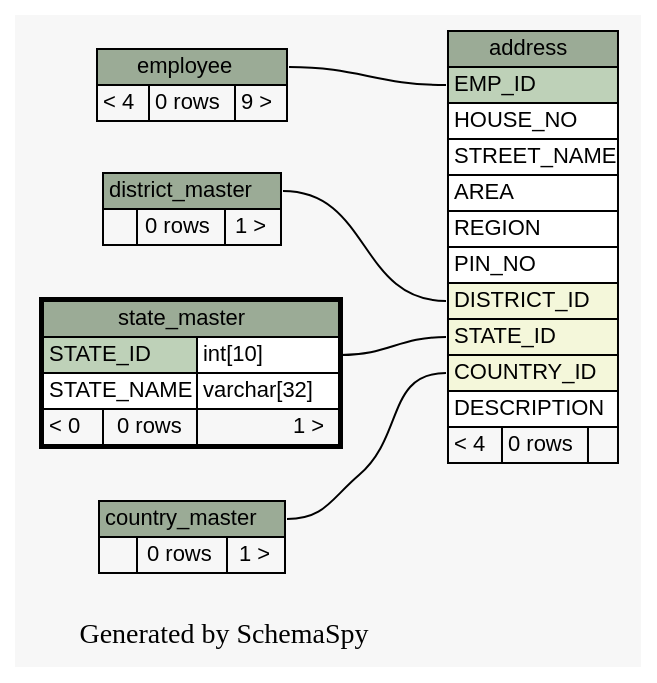
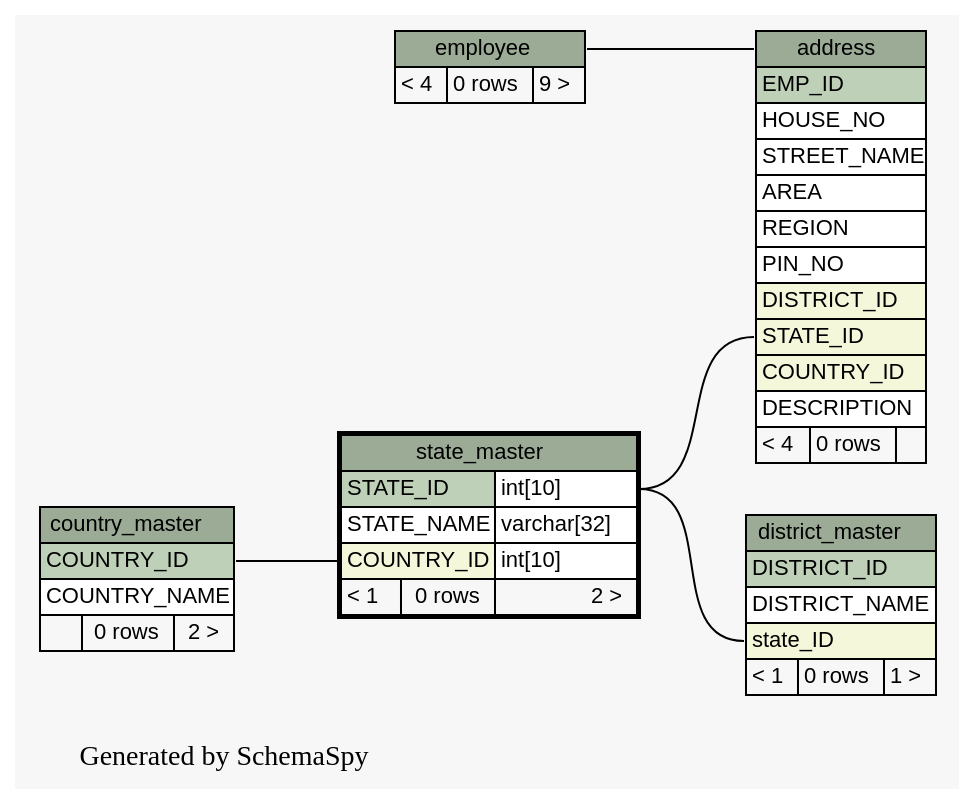
The diagram in docs/database/schemaspy/graphs/state_master.2degrees.dot (engineerscraft/hrms), drawn with Graphviz before and after one commit. The commit also changed 96 other files, not shown here.

```diff
--- a/docs/database/schemaspy/graphs/state_master.2degrees.dot
+++ b/docs/database/schemaspy/graphs/state_master.2degrees.dot
@@ -1,78 +1,84 @@
 // dot 2.38.0 on Windows 7 6.1
 digraph "twoDegreesRelationshipsGraph" {
   graph [
     rankdir="RL"
     bgcolor="#f7f7f7"
     label="\nGenerated by SchemaSpy"
     labeljust="l"
   ];
   node [
     fontname="Helvetica"
     fontsize="11"
     shape="plaintext"
   ];
   edge [
     arrowsize="0.8"
   ];
-  "address":"COUNTRY_ID":w -> "country_master":"country_master.heading":e [arrowtail=crowodot arrowhead=none];
-  "address":"DISTRICT_ID":w -> "district_master":"district_master.heading":e [arrowtail=crowodot arrowhead=none];
-  "address":"EMP_ID":w -> "employee":"employee.heading":e [arrowtail=tee arrowhead=none];
+  "address":"address.heading":w -> "employee":"employee.heading":e [arrowtail=tee arrowhead=none];
   "address":"STATE_ID":w -> "state_master":"STATE_ID.type":e [arrowtail=crowodot arrowhead=none];
+  "district_master":"state_ID":w -> "state_master":"STATE_ID.type":e [arrowtail=crowodot arrowhead=none];
+  "state_master":"COUNTRY_ID":w -> "country_master":"COUNTRY_ID":e [arrowtail=crowodot arrowhead=none];
   "address" [
     label=<
     <TABLE BORDER="0" CELLBORDER="1" CELLSPACING="0" BGCOLOR="#ffffff">
       <TR><TD PORT="address.heading" COLSPAN="3" BGCOLOR="#9bab96" ALIGN="CENTER">address</TD></TR>
       <TR><TD PORT="EMP_ID" COLSPAN="3" BGCOLOR="#bed1b8" ALIGN="LEFT">EMP_ID</TD></TR>
       <TR><TD PORT="HOUSE_NO" COLSPAN="3" ALIGN="LEFT">HOUSE_NO</TD></TR>
       <TR><TD PORT="STREET_NAME" COLSPAN="3" ALIGN="LEFT">STREET_NAME</TD></TR>
       <TR><TD PORT="AREA" COLSPAN="3" ALIGN="LEFT">AREA</TD></TR>
       <TR><TD PORT="REGION" COLSPAN="3" ALIGN="LEFT">REGION</TD></TR>
       <TR><TD PORT="PIN_NO" COLSPAN="3" ALIGN="LEFT">PIN_NO</TD></TR>
       <TR><TD PORT="DISTRICT_ID" COLSPAN="3" BGCOLOR="#f4f7da" ALIGN="LEFT">DISTRICT_ID</TD></TR>
       <TR><TD PORT="STATE_ID" COLSPAN="3" BGCOLOR="#f4f7da" ALIGN="LEFT">STATE_ID</TD></TR>
       <TR><TD PORT="COUNTRY_ID" COLSPAN="3" BGCOLOR="#f4f7da" ALIGN="LEFT">COUNTRY_ID</TD></TR>
       <TR><TD PORT="DESCRIPTION" COLSPAN="3" ALIGN="LEFT">DESCRIPTION</TD></TR>
       <TR><TD ALIGN="LEFT" BGCOLOR="#f7f7f7">&lt; 4</TD><TD ALIGN="RIGHT" BGCOLOR="#f7f7f7">0 rows</TD><TD ALIGN="RIGHT" BGCOLOR="#f7f7f7">  </TD></TR>
     </TABLE>>
     URL="address.html#graph"
     tooltip="address"
   ];
   "country_master" [
     label=<
     <TABLE BORDER="0" CELLBORDER="1" CELLSPACING="0" BGCOLOR="#ffffff">
       <TR><TD PORT="country_master.heading" COLSPAN="3" BGCOLOR="#9bab96" ALIGN="CENTER">country_master</TD></TR>
-      <TR><TD ALIGN="LEFT" BGCOLOR="#f7f7f7">  </TD><TD ALIGN="RIGHT" BGCOLOR="#f7f7f7">0 rows</TD><TD ALIGN="RIGHT" BGCOLOR="#f7f7f7">1 &gt;</TD></TR>
+      <TR><TD PORT="COUNTRY_ID" COLSPAN="3" BGCOLOR="#bed1b8" ALIGN="LEFT">COUNTRY_ID</TD></TR>
+      <TR><TD PORT="COUNTRY_NAME" COLSPAN="3" ALIGN="LEFT">COUNTRY_NAME</TD></TR>
+      <TR><TD ALIGN="LEFT" BGCOLOR="#f7f7f7">  </TD><TD ALIGN="RIGHT" BGCOLOR="#f7f7f7">0 rows</TD><TD ALIGN="RIGHT" BGCOLOR="#f7f7f7">2 &gt;</TD></TR>
     </TABLE>>
     URL="country_master.html#graph"
     tooltip="country_master"
   ];
   "district_master" [
     label=<
     <TABLE BORDER="0" CELLBORDER="1" CELLSPACING="0" BGCOLOR="#ffffff">
       <TR><TD PORT="district_master.heading" COLSPAN="3" BGCOLOR="#9bab96" ALIGN="CENTER">district_master</TD></TR>
-      <TR><TD ALIGN="LEFT" BGCOLOR="#f7f7f7">  </TD><TD ALIGN="RIGHT" BGCOLOR="#f7f7f7">0 rows</TD><TD ALIGN="RIGHT" BGCOLOR="#f7f7f7">1 &gt;</TD></TR>
+      <TR><TD PORT="DISTRICT_ID" COLSPAN="3" BGCOLOR="#bed1b8" ALIGN="LEFT">DISTRICT_ID</TD></TR>
+      <TR><TD PORT="DISTRICT_NAME" COLSPAN="3" ALIGN="LEFT">DISTRICT_NAME</TD></TR>
+      <TR><TD PORT="state_ID" COLSPAN="3" BGCOLOR="#f4f7da" ALIGN="LEFT">state_ID</TD></TR>
+      <TR><TD ALIGN="LEFT" BGCOLOR="#f7f7f7">&lt; 1</TD><TD ALIGN="RIGHT" BGCOLOR="#f7f7f7">0 rows</TD><TD ALIGN="RIGHT" BGCOLOR="#f7f7f7">1 &gt;</TD></TR>
     </TABLE>>
     URL="district_master.html#graph"
     tooltip="district_master"
   ];
   "employee" [
     label=<
     <TABLE BORDER="0" CELLBORDER="1" CELLSPACING="0" BGCOLOR="#ffffff">
       <TR><TD PORT="employee.heading" COLSPAN="3" BGCOLOR="#9bab96" ALIGN="CENTER">employee</TD></TR>
       <TR><TD ALIGN="LEFT" BGCOLOR="#f7f7f7">&lt; 4</TD><TD ALIGN="RIGHT" BGCOLOR="#f7f7f7">0 rows</TD><TD ALIGN="RIGHT" BGCOLOR="#f7f7f7">9 &gt;</TD></TR>
     </TABLE>>
     URL="employee.html#graph"
     tooltip="employee"
   ];
   "state_master" [
     label=<
     <TABLE BORDER="2" CELLBORDER="1" CELLSPACING="0" BGCOLOR="#ffffff">
       <TR><TD PORT="state_master.heading" COLSPAN="3" BGCOLOR="#9bab96" ALIGN="CENTER">state_master</TD></TR>
       <TR><TD PORT="STATE_ID" COLSPAN="2" BGCOLOR="#bed1b8" ALIGN="LEFT">STATE_ID</TD><TD PORT="STATE_ID.type" ALIGN="LEFT">int[10]</TD></TR>
       <TR><TD PORT="STATE_NAME" COLSPAN="2" ALIGN="LEFT">STATE_NAME</TD><TD PORT="STATE_NAME.type" ALIGN="LEFT">varchar[32]</TD></TR>
-      <TR><TD ALIGN="LEFT" BGCOLOR="#f7f7f7">&lt; 0</TD><TD ALIGN="RIGHT" BGCOLOR="#f7f7f7">0 rows</TD><TD ALIGN="RIGHT" BGCOLOR="#f7f7f7">1 &gt;</TD></TR>
+      <TR><TD PORT="COUNTRY_ID" COLSPAN="2" BGCOLOR="#f4f7da" ALIGN="LEFT">COUNTRY_ID</TD><TD PORT="COUNTRY_ID.type" ALIGN="LEFT">int[10]</TD></TR>
+      <TR><TD ALIGN="LEFT" BGCOLOR="#f7f7f7">&lt; 1</TD><TD ALIGN="RIGHT" BGCOLOR="#f7f7f7">0 rows</TD><TD ALIGN="RIGHT" BGCOLOR="#f7f7f7">2 &gt;</TD></TR>
     </TABLE>>
     URL="state_master.html#"
     tooltip="state_master"
   ];
 }
```
